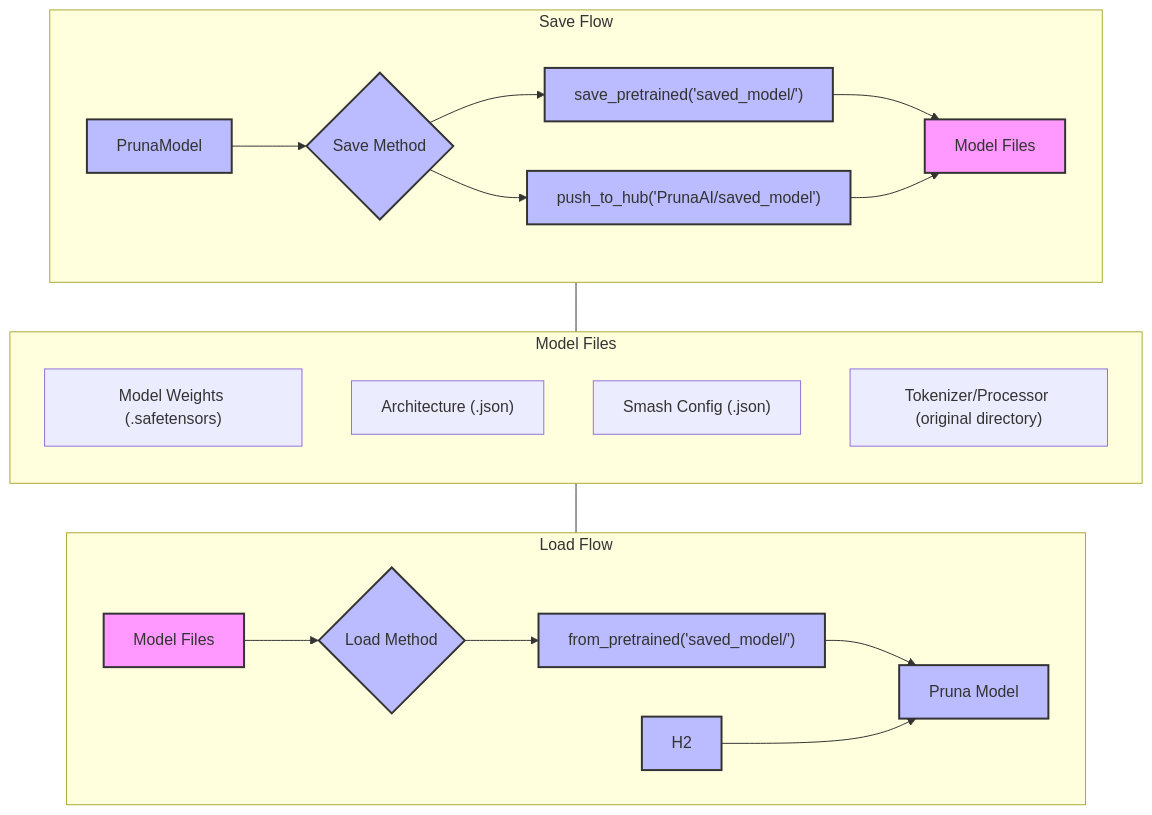
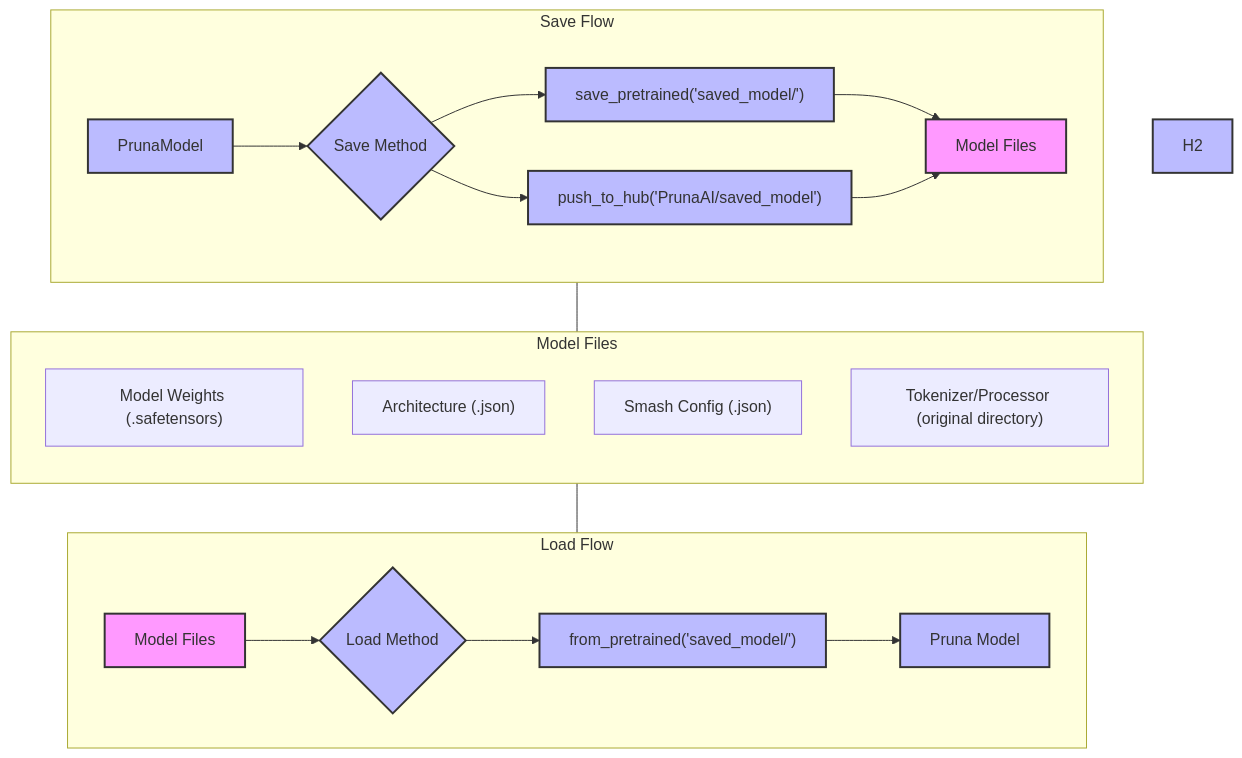
One commit to PrunaAI/pruna changed the diagram in docs/user_manual/save_load.rst. Above: the diagram before and after it, drawn with Mermaid. The commit also changed other lines of this file and 2 other files, not shown here.

```diff
--- a/docs/user_manual/save_load.rst
+++ b/docs/user_manual/save_load.rst
@@ -15,42 +15,41 @@
 .. mermaid::
     :align: center
 
     flowchart TB
         subgraph LoadFlow["Load Flow"]
             direction LR
             F["Model Files"] --> G{"Load Method"}
             G --> H1["from_pretrained('saved_model/')"]
             H1 --> I["Pruna Model"]
-            H2 --> I
         end
 
         subgraph Model["Model Files"]
             direction TB
             E1["Model Weights (.safetensors)"]
             E2["Architecture (.json)"]
             E3["Smash Config (.json)"]
             E4["Tokenizer/Processor (original directory)"]
         end
 
         subgraph SaveFlow["Save Flow"]
             direction LR
             A["PrunaModel"] --> B{"Save Method"}
             B --> C1["save_pretrained('saved_model/')"]
             B --> C2["push_to_hub('PrunaAI/saved_model')"]
             C1 --> D["Model Files"]
             C2 --> D
         end
 
         SaveFlow --- Model
         Model --- LoadFlow
 
         style A fill:#bbf,stroke:#333,stroke-width:2px
         style F fill:#f9f,stroke:#333,stroke-width:2px
         style G fill:#bbf,stroke:#333,stroke-width:2px
         style H1 fill:#bbf,stroke:#333,stroke-width:2px
         style H2 fill:#bbf,stroke:#333,stroke-width:2px
         style I fill:#bbf,stroke:#333,stroke-width:2px
         style B fill:#bbf,stroke:#333,stroke-width:2px
         style C1 fill:#bbf,stroke:#333,stroke-width:2px
         style C2 fill:#bbf,stroke:#333,stroke-width:2px
         style D fill:#f9f,stroke:#333,stroke-width:2px
```
